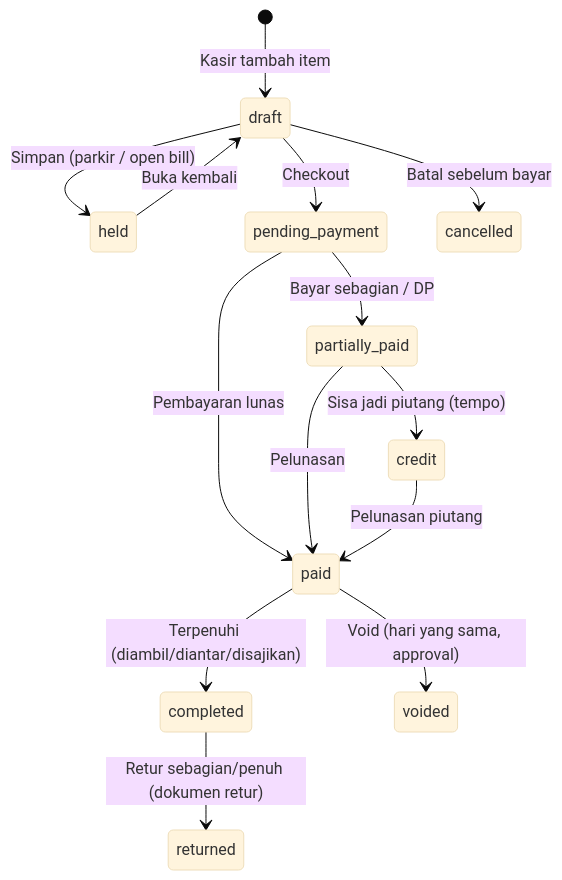
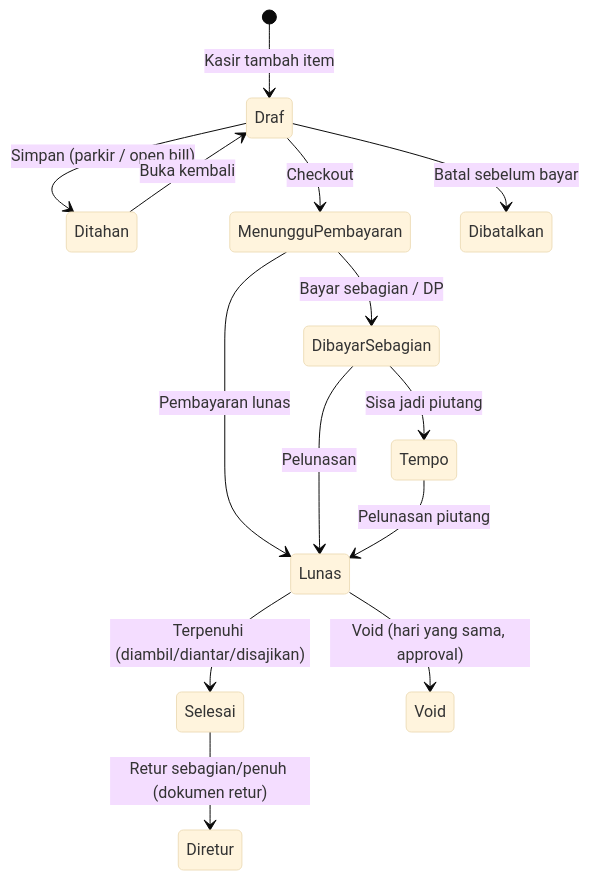
Before and after one commit to ahmad-affandi08/POS-SAAS: the third of 9 diagrams in PRD.md, drawn with Mermaid (base theme). The commit also changed other lines of this file, not shown here.

````diff
--- a/PRD.md
+++ b/PRD.md
@@ -604,16 +605,16 @@
 ```mermaid
 stateDiagram-v2
-    [*] --> draft: Kasir tambah item
-    draft --> held: Simpan (parkir / open bill)
-    held --> draft: Buka kembali
-    draft --> pending_payment: Checkout
-    pending_payment --> paid: Pembayaran lunas
-    pending_payment --> partially_paid: Bayar sebagian / DP
-    partially_paid --> paid: Pelunasan
-    partially_paid --> credit: Sisa jadi piutang (tempo)
-    credit --> paid: Pelunasan piutang
-    paid --> completed: Terpenuhi (diambil/diantar/disajikan)
-    paid --> voided: Void (hari yang sama, approval)
-    completed --> returned: Retur sebagian/penuh (dokumen retur)
-    draft --> cancelled: Batal sebelum bayar
+    [*] --> Draf: Kasir tambah item
+    Draf --> Ditahan: Simpan (parkir / open bill)
+    Ditahan --> Draf: Buka kembali
+    Draf --> MenungguPembayaran: Checkout
+    MenungguPembayaran --> Lunas: Pembayaran lunas
+    MenungguPembayaran --> DibayarSebagian: Bayar sebagian / DP
+    DibayarSebagian --> Lunas: Pelunasan
+    DibayarSebagian --> Tempo: Sisa jadi piutang
+    Tempo --> Lunas: Pelunasan piutang
+    Lunas --> Selesai: Terpenuhi (diambil/diantar/disajikan)
+    Lunas --> Void: Void (hari yang sama, approval)
+    Selesai --> Diretur: Retur sebagian/penuh (dokumen retur)
+    Draf --> Dibatalkan: Batal sebelum bayar
 ```
````
